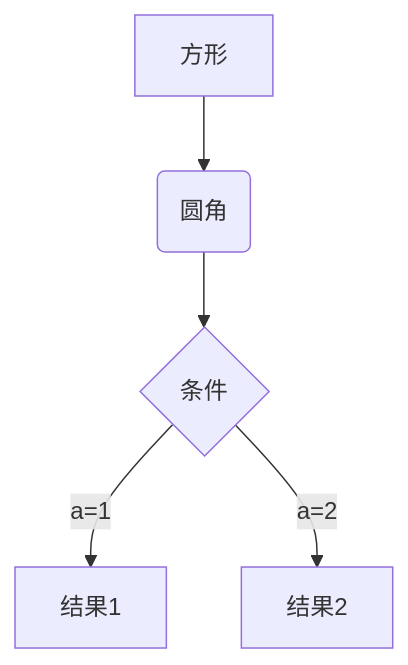
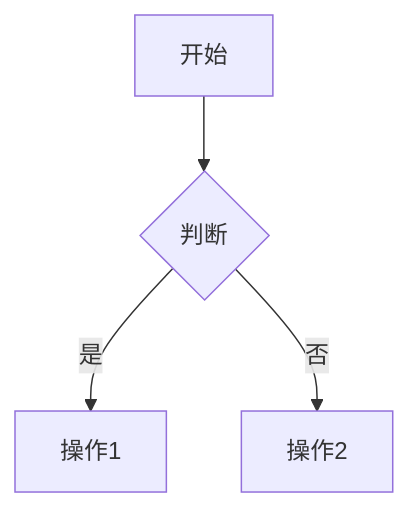
One commit to cimastone/my-blog changed the first of 2 diagrams in docs/guide/搭建个人博客（vitePress）.md. Above: the diagram before and after it, drawn with Mermaid. The commit also changed other lines of this file, not shown here.

````diff
--- a/docs/guide/搭建个人博客（vitePress）.md
+++ b/docs/guide/搭建个人博客（vitePress）.md
@@ -3,7 +70,6 @@
 ```mermaid
-graph TD
-  A[方形] --> B(圆角)
-  B --> C{条件}
-  C -->|a=1| D[结果1]
-  C -->|a=2| E[结果2]
+flowchart TD
+    A[开始] --> B{判断}
+    B -->|是| C[操作1]
+    B -->|否| D[操作2]
 ```
````
